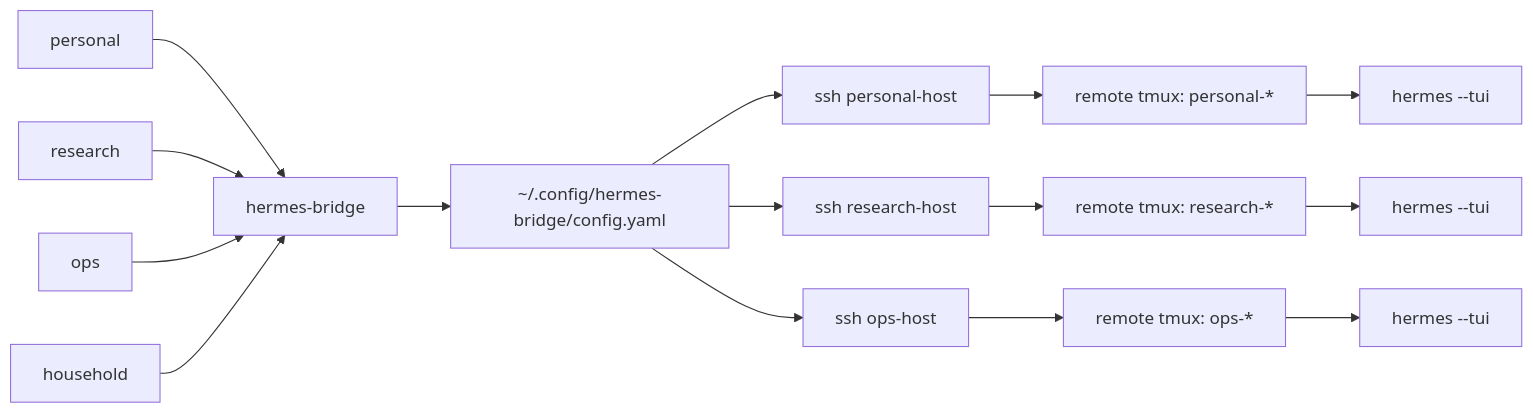
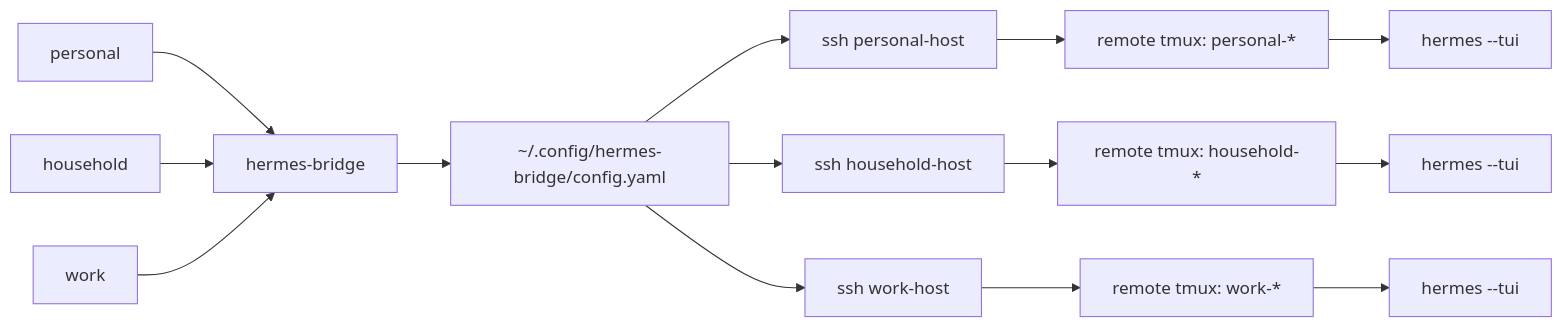
One commit to carpdiem/hermes-bridge changed the diagram in README.md. Above: the diagram before and after it, drawn with Mermaid. The commit also changed other lines of this file, not shown here.

````diff
--- a/README.md
+++ b/README.md
@@ -84,17 +83,16 @@
 ```mermaid
 flowchart LR
     P[personal] --> B[hermes-bridge]
-    R[research] --> B
-    O[ops] --> B
     H[household] --> B
+    W[work] --> B
     B --> C[~/.config/hermes-bridge/config.yaml]
     C --> S1[ssh personal-host]
-    C --> S2[ssh research-host]
-    C --> S3[ssh ops-host]
+    C --> S2[ssh household-host]
+    C --> S3[ssh work-host]
     S1 --> T1[remote tmux: personal-*]
-    S2 --> T2[remote tmux: research-*]
-    S3 --> T3[remote tmux: ops-*]
+    S2 --> T2[remote tmux: household-*]
+    S3 --> T3[remote tmux: work-*]
     T1 --> H1[hermes --tui]
     T2 --> H2[hermes --tui]
     T3 --> H3[hermes --tui]
 ```
````
